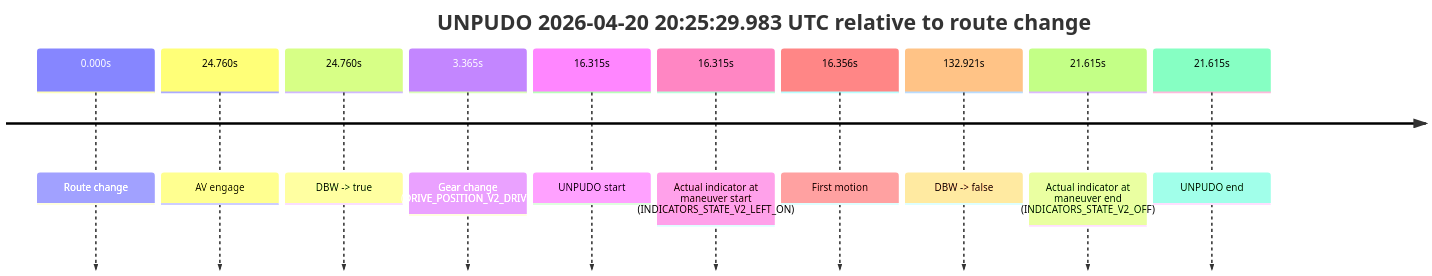
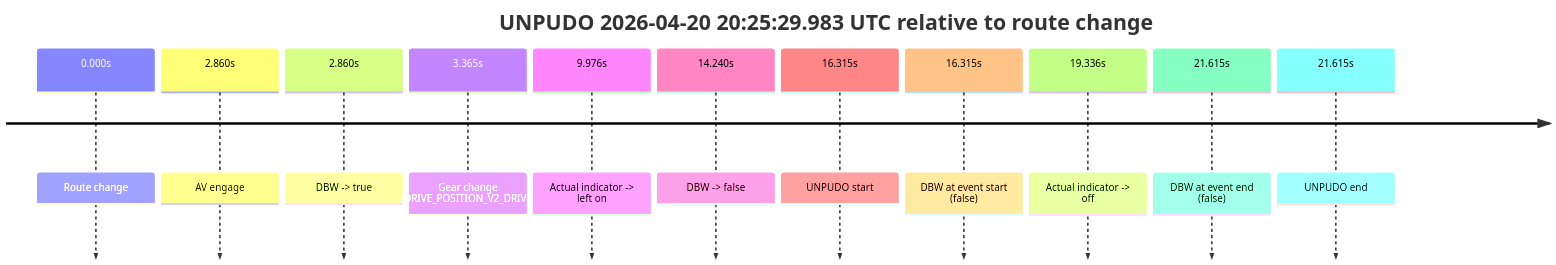
Before and after one commit to yoelshapiro/vault: the second of 13 diagrams in model_analysis/report_cards/2026/04/Week-4/fme20038--2026-04-20--20-14-14--gen2-av-64bfb241-2a77-49b3-9a73-b3fb4cc1406d.md, drawn with Mermaid. The commit also changed other lines of this file and 85 other files, not shown here.

````diff
--- a/model_analysis/report_cards/2026/04/Week-4/fme20038--2026-04-20--20-14-14--gen2-av-64bfb241-2a77-49b3-9a73-b3fb4cc1406d.md
+++ b/model_analysis/report_cards/2026/04/Week-4/fme20038--2026-04-20--20-14-14--gen2-av-64bfb241-2a77-49b3-9a73-b3fb4cc1406d.md
@@ -129,14 +139,15 @@
 ```mermaid
 timeline
     title UNPUDO 2026-04-20 20:25:29.983 UTC relative to route change
     0.000s : Route change
-    24.760s : AV engage
-    24.760s : DBW -> true
+    2.860s : AV engage
+    2.860s : DBW -> true
     3.365s : Gear change (DRIVE_POSITION_V2_DRIVE)
+    9.976s : Actual indicator -> left on
+    14.240s : DBW -> false
     16.315s : UNPUDO start
-    16.315s : Actual indicator at maneuver start (INDICATORS_STATE_V2_LEFT_ON)
-    16.356s : First motion
-    132.921s : DBW -> false
-    21.615s : Actual indicator at maneuver end (INDICATORS_STATE_V2_OFF)
+    16.315s : DBW at event start (false)
+    19.336s : Actual indicator -> off
+    21.615s : DBW at event end (false)
     21.615s : UNPUDO end
 ```
````
